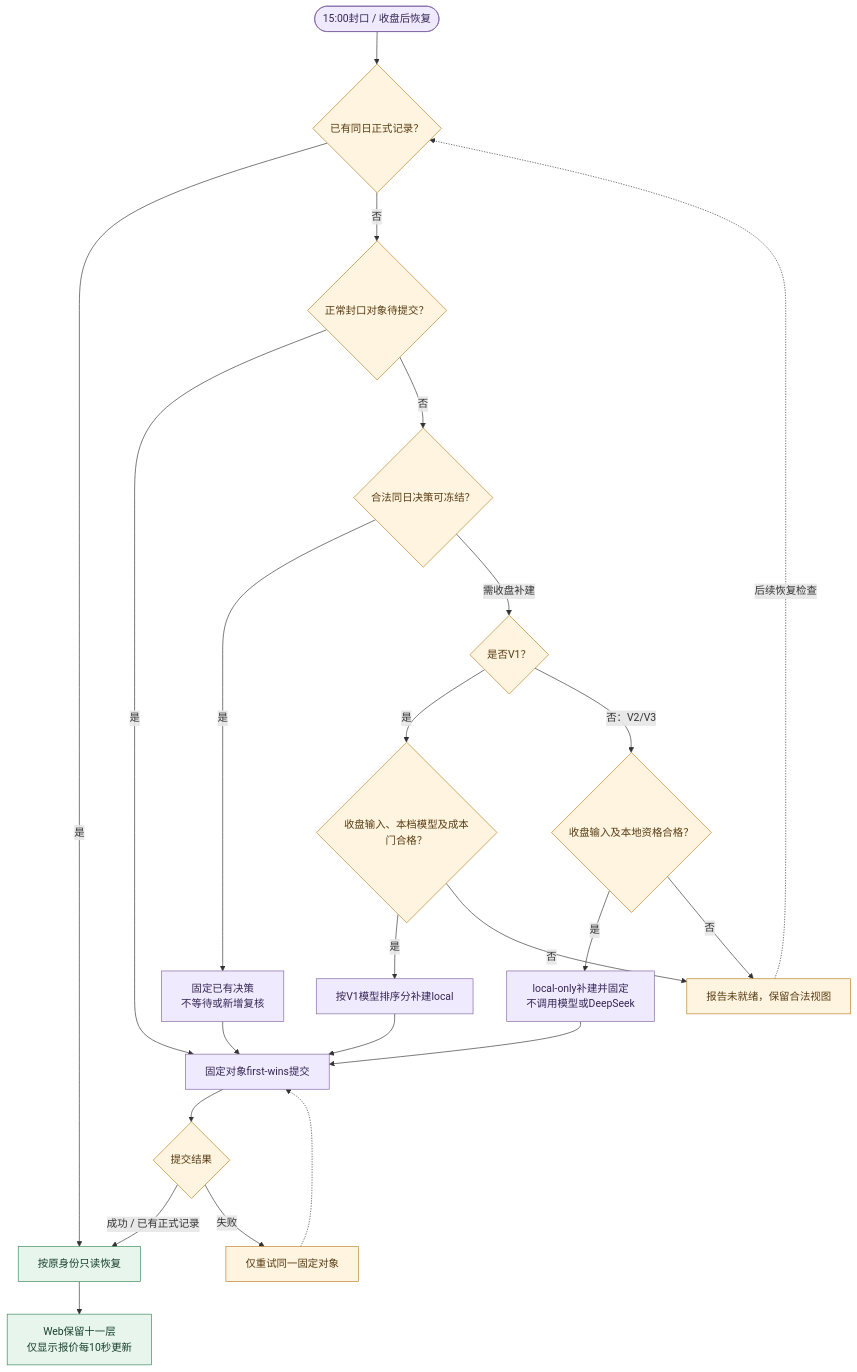
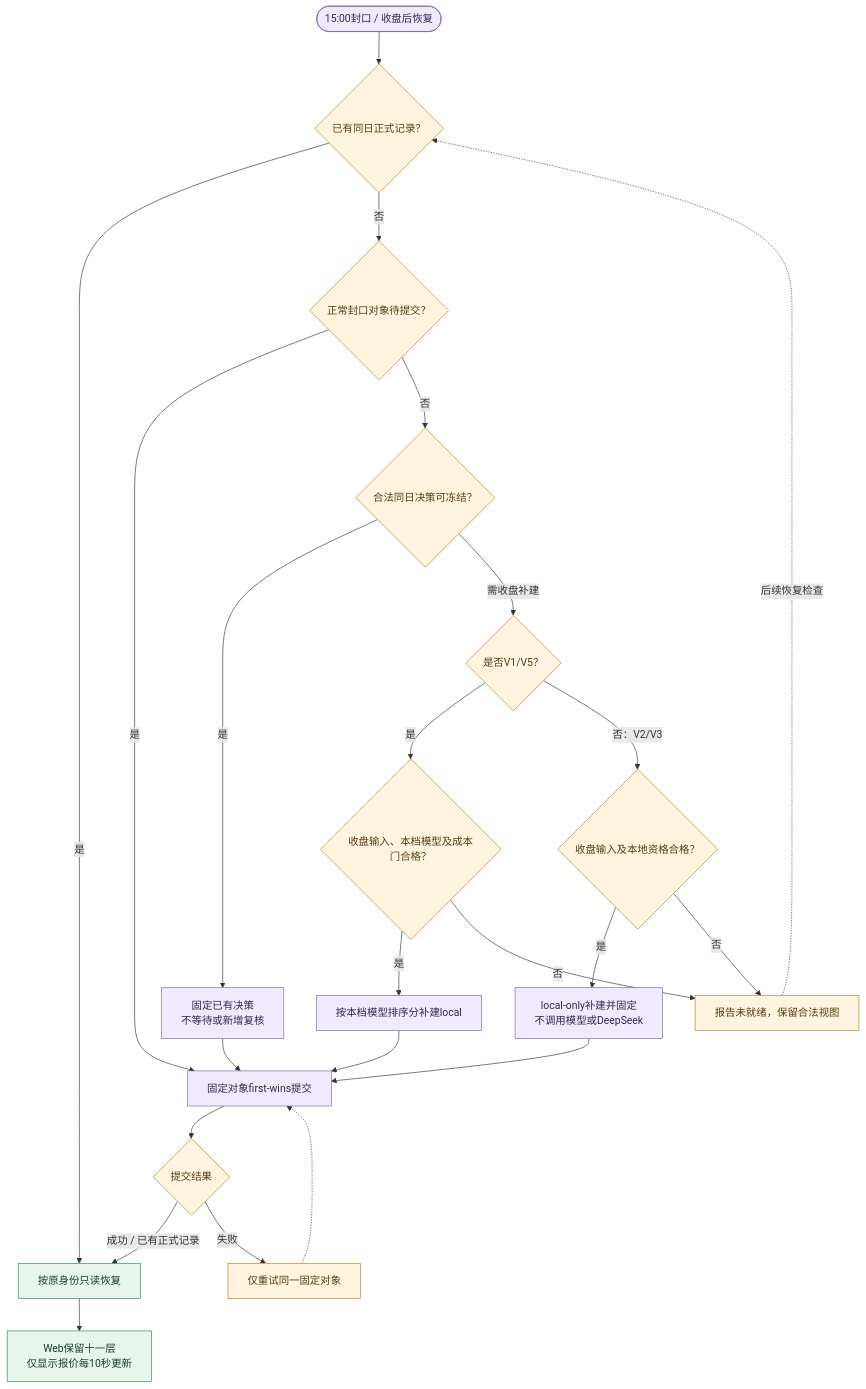
The fifth of 6 diagrams in docs/2_工程设计.md (373699756/trader), drawn with Mermaid before and after one commit. The commit also changed other lines of this file and 30 other files, not shown here.

````diff
--- a/docs/2_工程设计.md
+++ b/docs/2_工程设计.md
@@ -494,31 +494,31 @@
 ```mermaid
 flowchart TD
     Close(["15:00封口 / 收盘后恢复"]) --> Exists{"已有同日正式记录？"}
     Exists -->|是| Read["按原身份只读恢复"]
     Exists -->|否| Sealed{"正常封口对象待提交？"}
     Sealed -->|是| Commit["固定对象first-wins提交"]
     Sealed -->|否| Current{"合法同日决策可冻结？"}
     Current -->|是| Fix["固定已有决策<br/>不等待或新增复核"]
-    Current -->|需收盘补建| Profile{"是否V1？"}
+    Current -->|需收盘补建| Profile{"是否V1/V5？"}
     Profile -->|是| Model{"收盘输入、本档模型及成本门合格？"}
-    Model -->|是| Ranked["按V1模型排序分补建local"]
+    Model -->|是| Ranked["按本档模型排序分补建local"]
     Model -->|否| Pending
     Profile -->|否：V2/V3| Legal{"收盘输入及本地资格合格？"}
     Legal -->|是| Fallback["local-only补建并固定<br/>不调用模型或DeepSeek"]
     Legal -->|否| Pending["报告未就绪，保留合法视图"]
     Fix --> Commit
     Ranked --> Commit
     Fallback --> Commit
     Commit --> Result{"提交结果"}
     Result -->|成功 / 已有正式记录| Read
     Result -->|失败| Retry["仅重试同一固定对象"]
     Retry -.-> Commit
     Pending -.->|后续恢复检查| Exists
     Read --> Overlay["Web保留十一层<br/>仅显示报价每10秒更新"]
     classDef work fill:#f0eaff,stroke:#8064a2,color:#342653;
     classDef result fill:#e7f5ec,stroke:#39845a,color:#173f2a;
     classDef gate fill:#fff4df,stroke:#b78126,color:#563c13;
     class Close,Fix,Fallback,Ranked,Commit work;
     class Read,Overlay result;
     class Exists,Sealed,Current,Profile,Model,Legal,Pending,Result,Retry gate;
 ```
````
